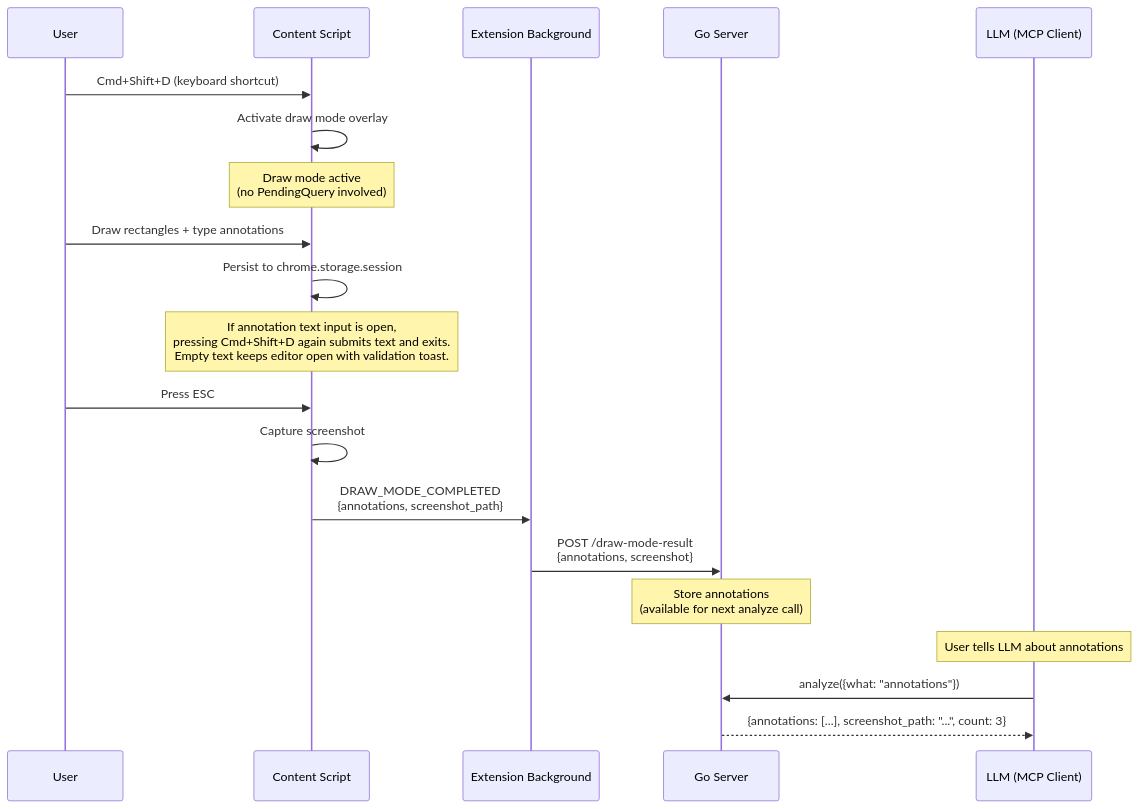
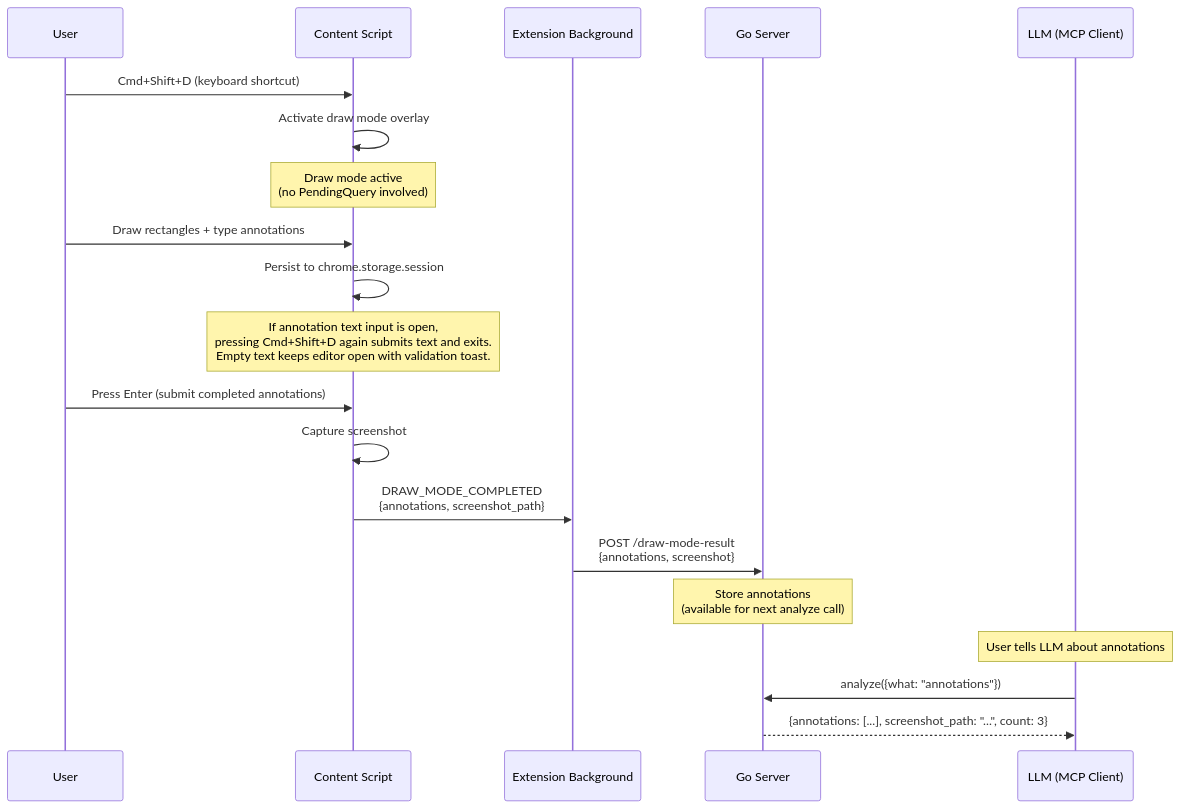
The second of 3 diagrams in docs/features/draw-mode/tech-spec.md (brennhill/Kaboom-Browser-AI-Devtools-MCP), drawn with Mermaid before and after one commit. The commit also changed other lines of this file and 6 other files, not shown here.

````diff
--- a/docs/features/draw-mode/tech-spec.md
+++ b/docs/features/draw-mode/tech-spec.md
@@ -106,28 +106,28 @@
 ```mermaid
 sequenceDiagram
     participant User as User
     participant CS as Content Script
     participant BG as Extension Background
     participant Server as Go Server
     participant LLM as LLM (MCP Client)
 
     User->>CS: Cmd+Shift+D (keyboard shortcut)
     CS->>CS: Activate draw mode overlay
     Note over CS: Draw mode active<br/>(no PendingQuery involved)
 
     User->>CS: Draw rectangles + type annotations
     CS->>CS: Persist to chrome.storage.session
 
     Note over CS: If annotation text input is open,<br/>pressing Cmd+Shift+D again submits text and exits.<br/>Empty text keeps editor open with validation toast.
 
-    User->>CS: Press ESC
+    User->>CS: Press Enter (submit completed annotations)
     CS->>CS: Capture screenshot
     CS->>BG: DRAW_MODE_COMPLETED<br/>{annotations, screenshot_path}
     BG->>Server: POST /draw-mode-result<br/>{annotations, screenshot}
     Note over Server: Store annotations<br/>(available for next analyze call)
 
     Note over LLM: User tells LLM about annotations
 
     LLM->>Server: analyze({what: "annotations"})
     Server-->>LLM: {annotations: [...], screenshot_path: "...", count: 3}
 ```
````
